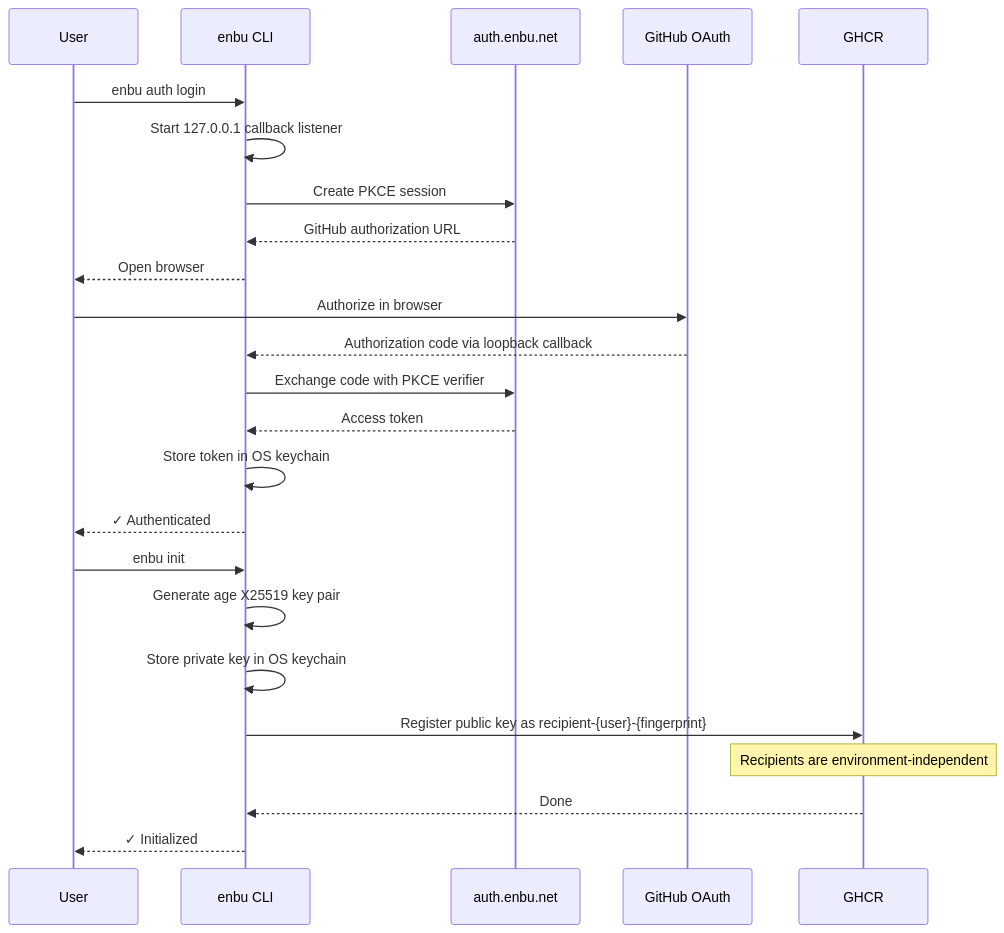
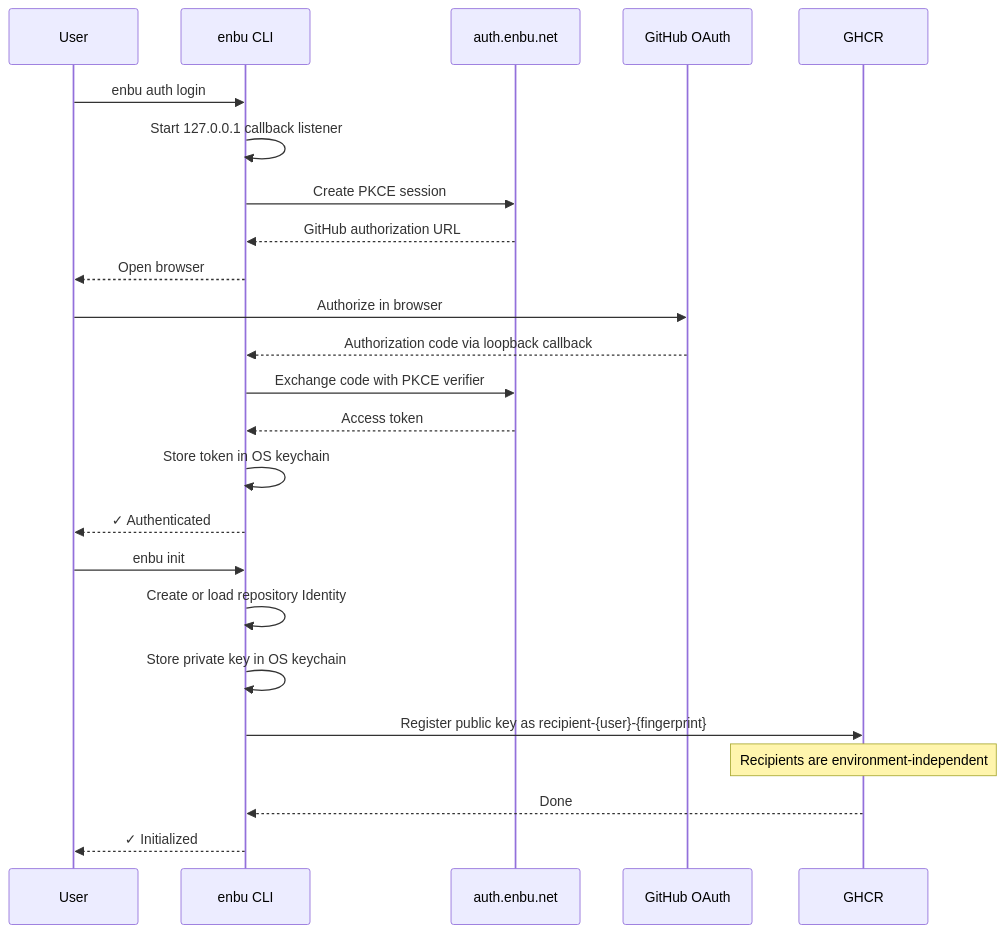
One commit to enbu-net/enbu changed the first of 3 diagrams in README.md. Above: the diagram before and after it, drawn with Mermaid. The commit also changed other lines of this file and 1 other file, not shown here.

Commit message:
docs(identity): explain hardware selection and native verification

````diff
--- a/README.md
+++ b/README.md
@@ -176,28 +199,28 @@
 ```mermaid
 sequenceDiagram
     participant User
     participant CLI as enbu CLI
     participant Auth as auth.enbu.net
     participant GitHub as GitHub OAuth
     participant GHCR
 
     User->>CLI: enbu auth login
     CLI->>CLI: Start 127.0.0.1 callback listener
     CLI->>Auth: Create PKCE session
     Auth-->>CLI: GitHub authorization URL
     CLI-->>User: Open browser
     User->>GitHub: Authorize in browser
     GitHub-->>CLI: Authorization code via loopback callback
     CLI->>Auth: Exchange code with PKCE verifier
     Auth-->>CLI: Access token
     CLI->>CLI: Store token in OS keychain
     CLI-->>User: ✓ Authenticated
 
     User->>CLI: enbu init
-    CLI->>CLI: Generate age X25519 key pair
+    CLI->>CLI: Create or load repository Identity
     CLI->>CLI: Store private key in OS keychain
     CLI->>GHCR: Register public key as recipient-{user}-{fingerprint}
     Note over GHCR: Recipients are environment-independent
     GHCR-->>CLI: Done
     CLI-->>User: ✓ Initialized
 ```
````
